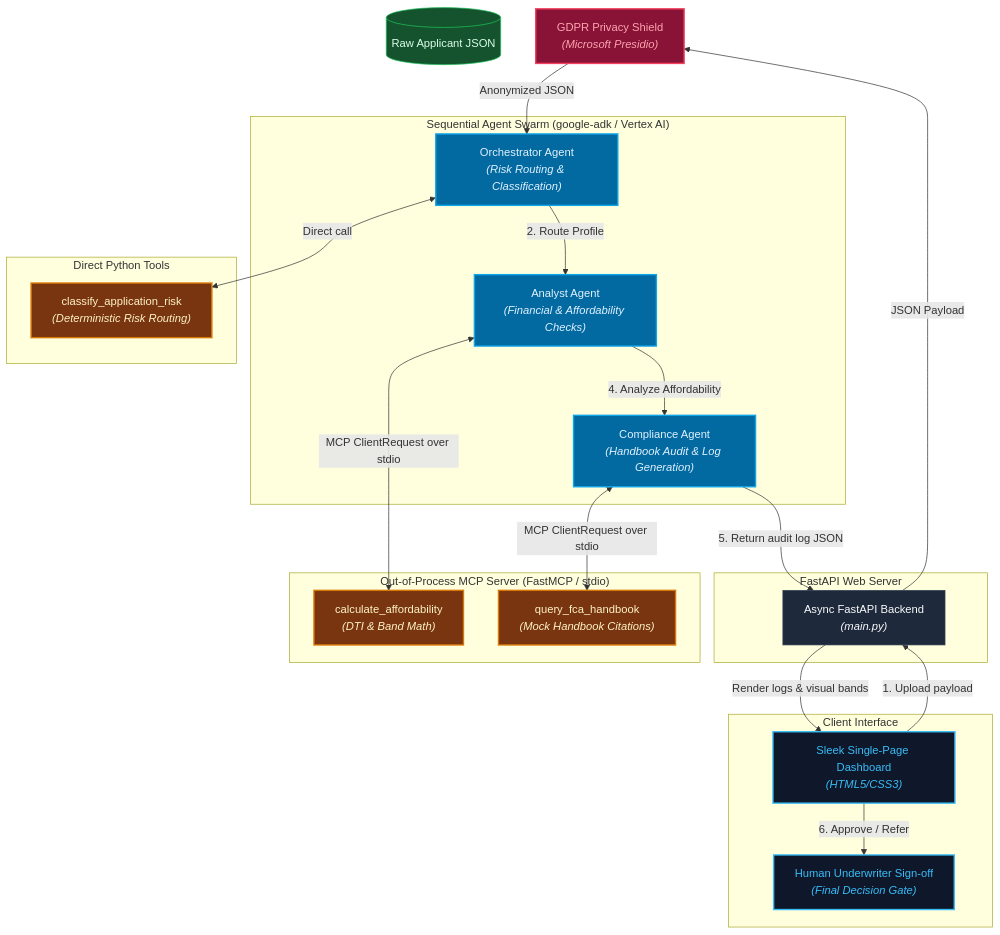
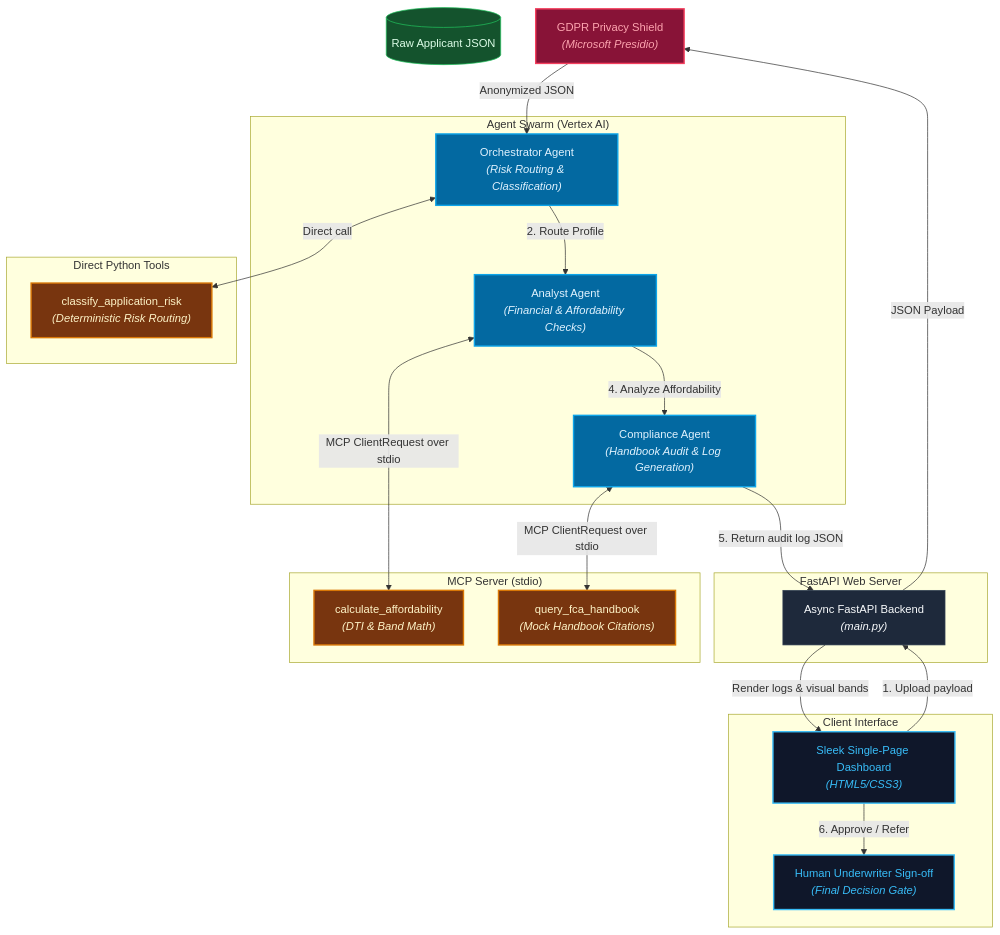
Before and after one commit to taracanham14/mortgage-stream-ai: the diagram in README.md, drawn with Mermaid.

Commit message:
Shorten README Mermaid subgraph labels to prevent text overlaps

````diff
--- a/README.md
+++ b/README.md
@@ -39,56 +39,56 @@
 ```mermaid
 graph TD
     %% Define color palette and styles
     classDef default fill:#1e293b,stroke:#334155,stroke-width:1px,color:#f8fafc;
     classDef client fill:#0f172a,stroke:#38bdf8,stroke-width:2px,color:#38bdf8;
     classDef gateway fill:#881337,stroke:#f43f5e,stroke-width:2px,color:#fda4af;
     classDef agent fill:#0369a1,stroke:#0ea5e9,stroke-width:2px,color:#e0f2fe;
     classDef tool fill:#78350f,stroke:#d97706,stroke-width:2px,color:#fef3c7;
     classDef data fill:#14532d,stroke:#22c55e,stroke-width:1px,color:#dcfce7;
     
     %% Nodes definition
     UserJSON[("Raw Applicant JSON")]:::data
     PrivacyShield["GDPR Privacy Shield<br><i>(Microsoft Presidio)</i>"]:::gateway
     
     subgraph UI ["Client Interface"]
         WebDashboard["Sleek Single-Page Dashboard<br><i>(HTML5/CSS3)</i>"]:::client
         HumanDecision["Human Underwriter Sign-off<br><i>(Final Decision Gate)</i>"]:::client
     end
     
     subgraph FastAPIApp ["FastAPI Web Server"]
         FAPIServer["Async FastAPI Backend<br><i>(main.py)</i>"]
     end
     
-    subgraph Swarm ["Sequential Agent Swarm (google-adk / Vertex AI)"]
+    subgraph Swarm ["Agent Swarm (Vertex AI)"]
         Orchestrator["Orchestrator Agent<br><i>(Risk Routing & Classification)</i>"]:::agent
         Analyst["Analyst Agent<br><i>(Financial & Affordability Checks)</i>"]:::agent
         Compliance["Compliance Agent<br><i>(Handbook Audit & Log Generation)</i>"]:::agent
         
         Orchestrator -->|2. Route Profile| Analyst
         Analyst -->|4. Analyze Affordability| Compliance
     end
 
-    subgraph MCPServer ["Out-of-Process MCP Server (FastMCP / stdio)"]
+    subgraph MCPServer ["MCP Server (stdio)"]
         AffordabilityTool["calculate_affordability<br><i>(DTI & Band Math)</i>"]:::tool
         FCATool["query_fca_handbook<br><i>(Mock Handbook Citations)</i>"]:::tool
     end
 
     subgraph DirectTools ["Direct Python Tools"]
         RiskTool["classify_application_risk<br><i>(Deterministic Risk Routing)</i>"]:::tool
     end
 
     %% Flows and connections
     WebDashboard -->|1. Upload payload| FAPIServer
     FAPIServer -->|JSON Payload| PrivacyShield
     PrivacyShield -->|Anonymized JSON| Orchestrator
     
     %% Tool execution links
     Orchestrator <-->|Direct call| RiskTool
     Analyst <-->|MCP ClientRequest over stdio| AffordabilityTool
     Compliance <-->|MCP ClientRequest over stdio| FCATool
     
     %% Responses
     Compliance -->|5. Return audit log JSON| FAPIServer
     FAPIServer -->|Render logs & visual bands| WebDashboard
     WebDashboard -->|6. Approve / Refer| HumanDecision
 ```
````
